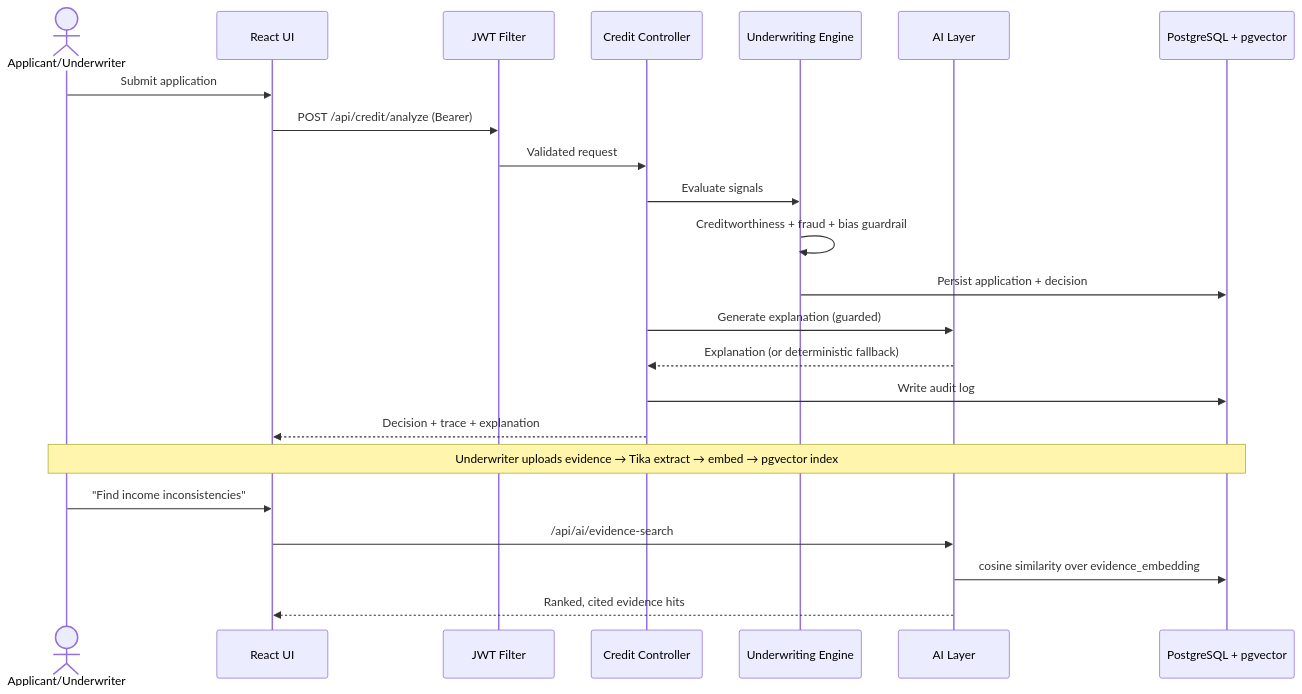
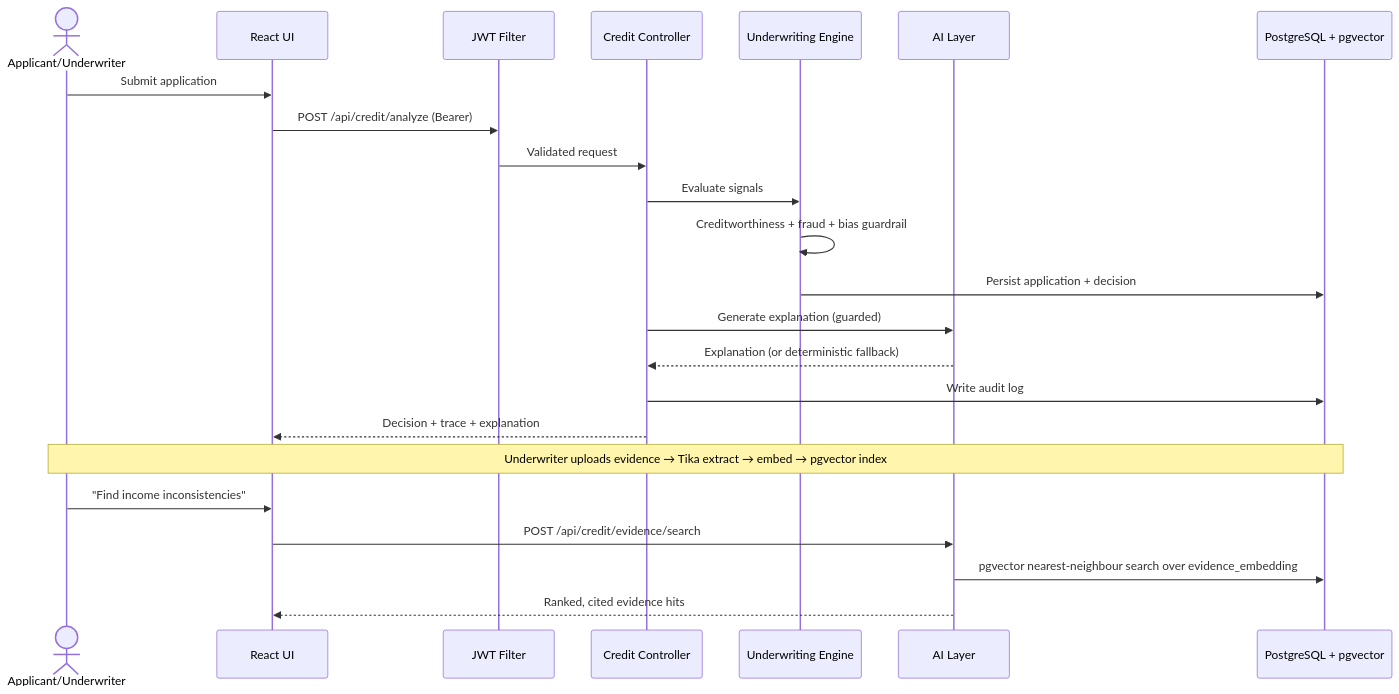
One commit to hrishikesh-reddi/synchrony-nexcredit changed the diagram in submission/SE23UCSE065/SE23UCSE065.pdf-source.md. Above: the diagram before and after it, drawn with Mermaid. The commit also changed other lines of this file and 8 other files, not shown here.

````diff
--- a/submission/SE23UCSE065/SE23UCSE065.pdf-source.md
+++ b/submission/SE23UCSE065/SE23UCSE065.pdf-source.md
@@ -112,26 +113,26 @@
 ```mermaid
 sequenceDiagram
     actor U as Applicant/Underwriter
     participant FE as React UI
     participant AUTH as JWT Filter
     participant API as Credit Controller
     participant ENG as Underwriting Engine
     participant AI as AI Layer
     participant DB as PostgreSQL + pgvector
 
     U->>FE: Submit application
     FE->>AUTH: POST /api/credit/analyze (Bearer)
     AUTH->>API: Validated request
     API->>ENG: Evaluate signals
     ENG->>ENG: Creditworthiness + fraud + bias guardrail
     ENG->>DB: Persist application + decision
     API->>AI: Generate explanation (guarded)
     AI-->>API: Explanation (or deterministic fallback)
     API->>DB: Write audit log
     API-->>FE: Decision + trace + explanation
     Note over U,DB: Underwriter uploads evidence → Tika extract → embed → pgvector index
     U->>FE: "Find income inconsistencies"
-    FE->>AI: /api/ai/evidence-search
-    AI->>DB: cosine similarity over evidence_embedding
+    FE->>AI: POST /api/credit/evidence/search
+    AI->>DB: pgvector nearest-neighbour search over evidence_embedding
     AI-->>FE: Ranked, cited evidence hits
 ```
````
